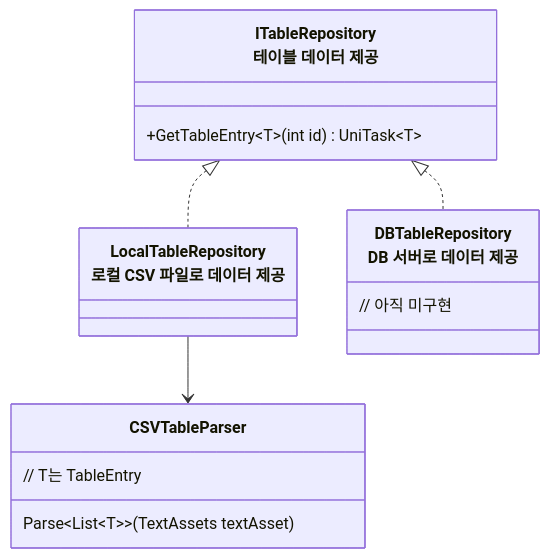
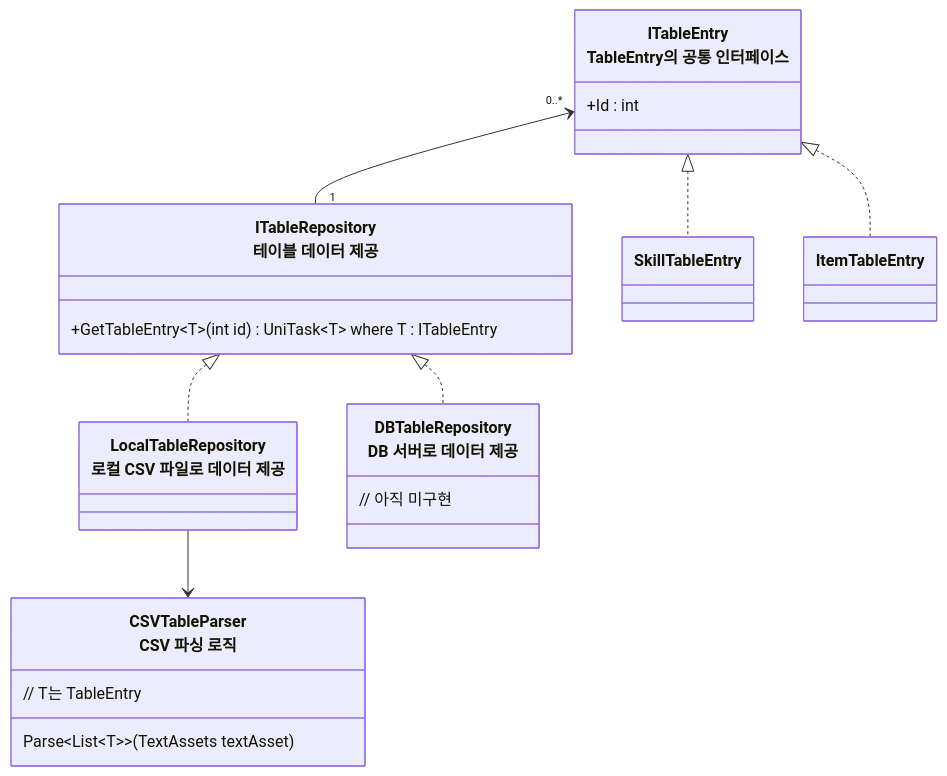
Before and after one commit to JIN5EOK/DungeonShooter: the diagram in README/데이터테이블_설계.md, drawn with Mermaid. The commit also changed other lines of this file and 10 other files, not shown here.

````diff
--- a/README/데이터테이블_설계.md
+++ b/README/데이터테이블_설계.md
@@ -10,23 +10,30 @@
 ```mermaid
 classDiagram
     class ITableRepository["ITableRepository<br>테이블 데이터 제공"]{
-	    +GetTableEntry~T~(int id) UniTask~T~
+	    +GetTableEntry~T~(int id) UniTask~T~ where T : ITableEntry
 	}
 	
 	class LocalTableRepository["LocalTableRepository<br>로컬 CSV 파일로 데이터 제공"]{
 
 	}
 	
 	class DBTableRepository["DBTableRepository<br>DB 서버로 데이터 제공"]{
         // 아직 미구현
 	}
 	
-	class CSVTableParser{
+	class CSVTableParser["CSVTableParser<br>CSV 파싱 로직"]{
 	    Parse~List~T~~(TextAssets textAsset) 
 	    // T는 TableEntry
     }
 	
+	class ITableEntry["ITableEntry<br>TableEntry의 공통 인터페이스"]{
+	    +Id : int
+    }
+	
+	ITableEntry <|.. SkillTableEntry
+    ITableEntry <|.. ItemTableEntry
+	ITableEntry "0..*"<--"1" ITableRepository  
 	ITableRepository <|.. LocalTableRepository
 	ITableRepository <|.. DBTableRepository
     LocalTableRepository --> CSVTableParser
 ```
````
